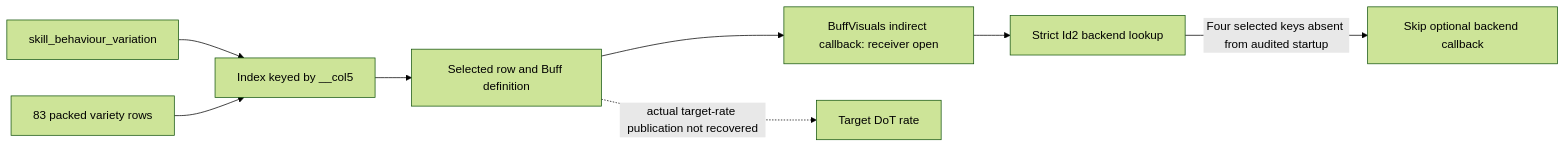
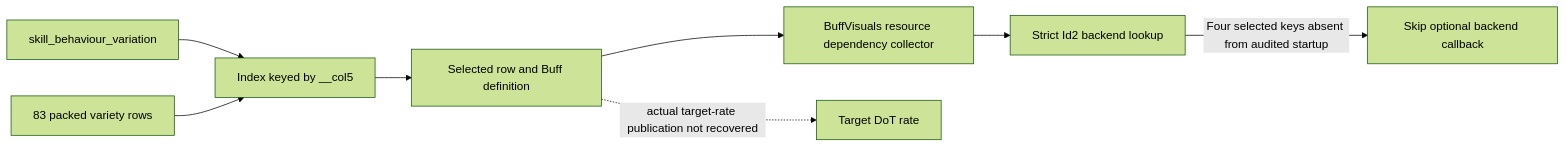
One commit to LocalExile/LocalExile changed the diagram in Agents/docs/re/client-addbuff-varieties.md. Above: the diagram before and after it, drawn with Mermaid (forest theme). The commit also changed other lines of this file and 7 other files, not shown here.

Commit message:
docs(re): bind AddBuff visual dependency receiver

````diff
--- a/Agents/docs/re/client-addbuff-varieties.md
+++ b/Agents/docs/re/client-addbuff-varieties.md
@@ -100,10 +102,10 @@
 ```mermaid
 flowchart LR
   V[skill_behaviour_variation] --> I[Index keyed by __col5]
   T[83 packed variety rows] --> I
   I --> R[Selected row and Buff definition]
-  R --> B[BuffVisuals indirect callback: receiver open]
+  R --> B[BuffVisuals resource dependency collector]
   B --> K[Strict Id2 backend lookup]
   K -->|Four selected keys absent from audited startup| S[Skip optional backend callback]
   R -. actual target-rate publication not recovered .-> D[Target DoT rate]
 ```
````
